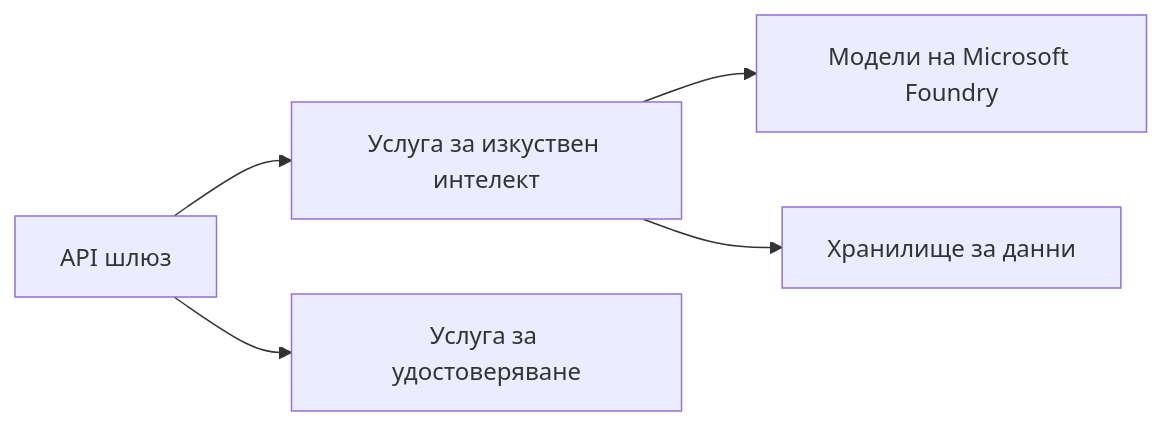
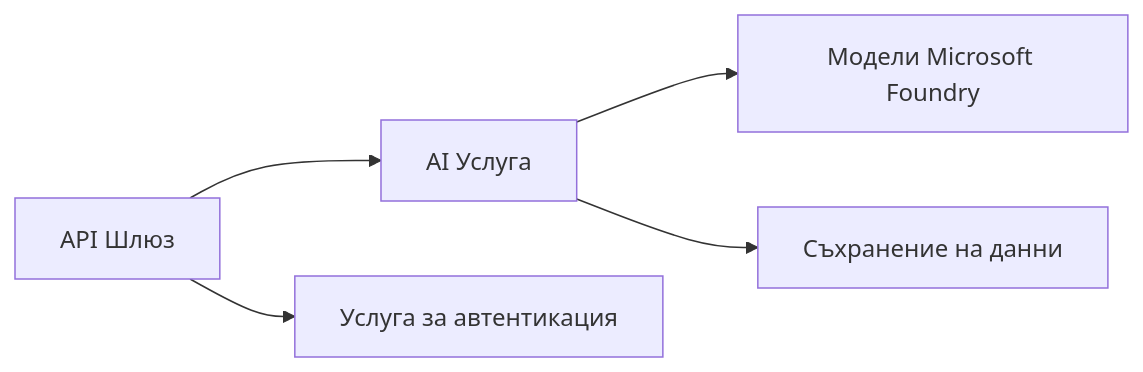
The first of 2 diagrams in translations/bg/docs/chapter-08-production/README.md (microsoft/AZD-for-beginners), drawn with Mermaid before and after one commit. The commit also changed other lines of this file and 59 other files, not shown here.

````diff
--- a/translations/bg/docs/chapter-08-production/README.md
+++ b/translations/bg/docs/chapter-08-production/README.md
@@ -48,6 +48,6 @@
 ```mermaid
 graph LR
-    Gateway[API шлюз] --> AI[Услуга за изкуствен интелект] --> Models[Модели на Microsoft Foundry]
-    Gateway --> Auth[Услуга за удостоверяване]
-    AI --> Data[Хранилище за данни]
+    Gateway[API Шлюз] --> AI[AI Услуга] --> Models[Модели Microsoft Foundry]
+    Gateway --> Auth[Услуга за автентикация]
+    AI --> Data[Съхранение на данни]
 ```
````
